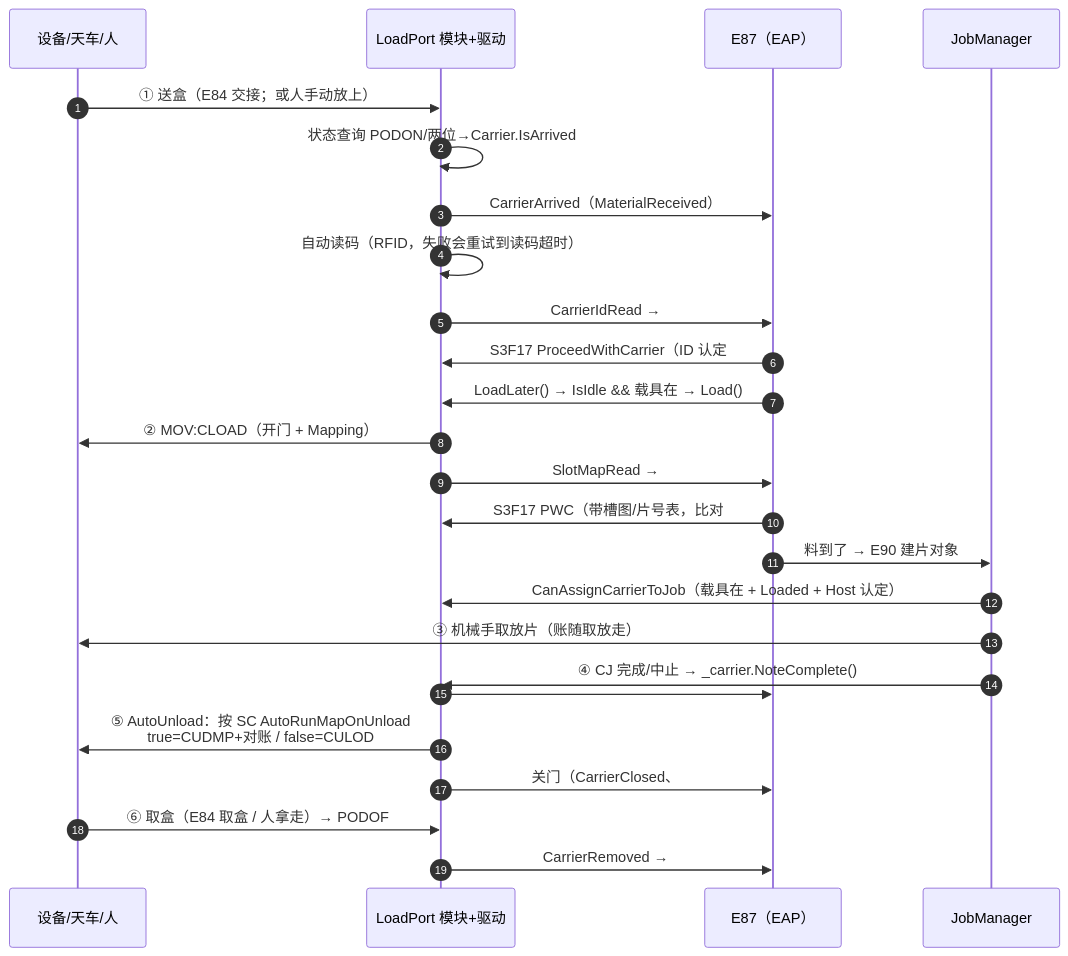
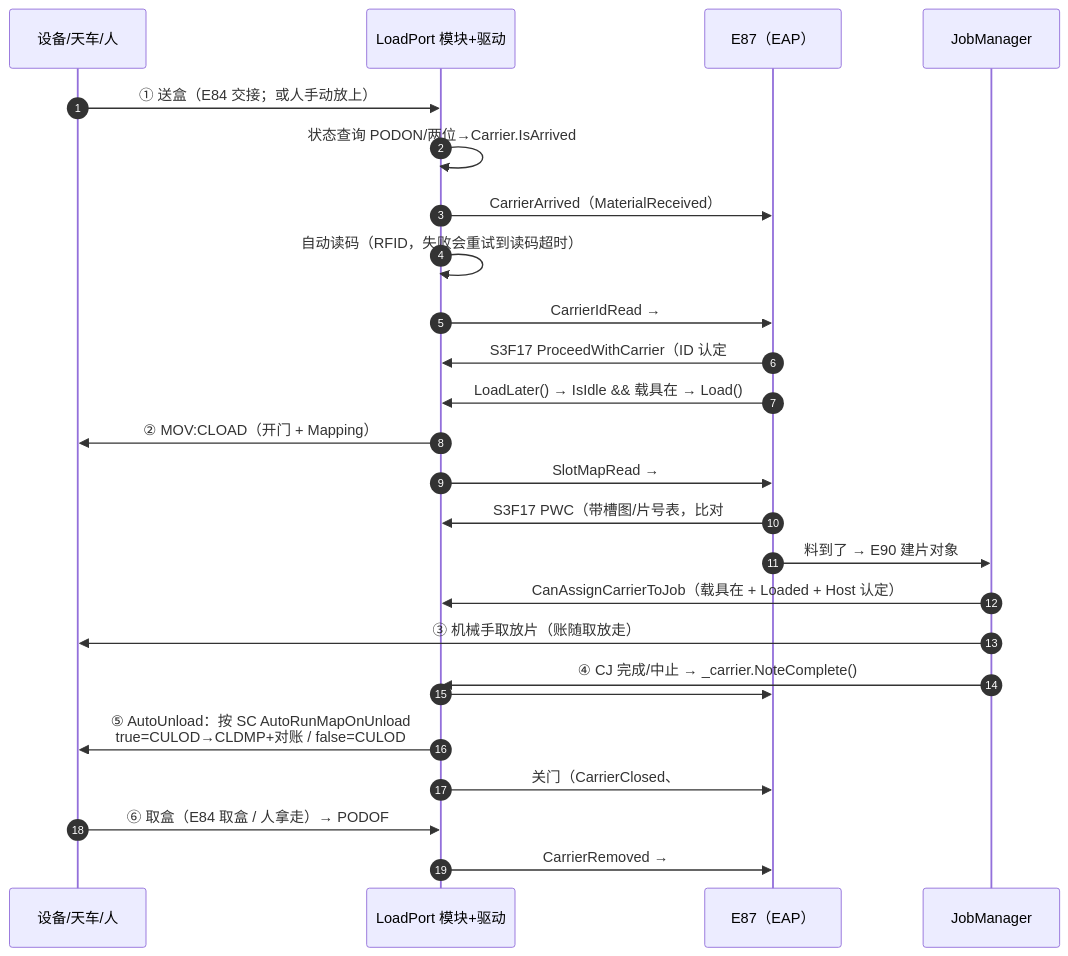
One commit to 18896605194/SemiDevice changed the first of 3 diagrams in doc/LoadPort-流程-手动自动与EAP.md. Above: the diagram before and after it, drawn with Mermaid. The commit also changed other lines of this file and 24 other files, not shown here.

````diff
--- a/doc/LoadPort-流程-手动自动与EAP.md
+++ b/doc/LoadPort-流程-手动自动与EAP.md
@@ -58,27 +58,27 @@
 ```mermaid
 sequenceDiagram
     autonumber
     participant D as 设备/天车/人
     participant LP as LoadPort 模块+驱动
     participant E87 as E87（EAP）
     participant JOB as JobManager
     D->>LP: ① 送盒（E84 交接；或人手动放上）
     LP->>LP: 状态查询 PODON/两位→Carrier.IsArrived
     LP->>E87: CarrierArrived（MaterialReceived）
     LP->>LP: 自动读码（RFID，失败会重试到读码超时）
     LP->>E87: CarrierIdRead → #1 建对象、#3 等 Host
     E87->>LP: S3F17 ProceedWithCarrier（ID 认定 #8）
     E87->>LP: LoadLater() → IsIdle && 载具在 → Load()
     LP->>D: ② MOV:CLOAD（开门 + Mapping）
     LP->>E87: SlotMapRead → #14 等 Host
     E87->>LP: S3F17 PWC（带槽图/片号表，比对 #15）
     E87->>JOB: 料到了 → E90 建片对象
     JOB->>LP: CanAssignCarrierToJob（载具在 + Loaded + Host 认定）
     JOB->>D: ③ 机械手取放片（账随取放走）
     JOB->>LP: ④ CJ 完成/中止 → _carrier.NoteComplete()
     LP->>E87: #19 干完
-    LP->>D: ⑤ AutoUnload：按 SC AutoRunMapOnUnload<br/>true=CUDMP+对账 / false=CULOD
+    LP->>D: ⑤ AutoUnload：按 SC AutoRunMapOnUnload<br/>true=CULOD→CLDMP+对账 / false=CULOD
     LP->>E87: 关门（CarrierClosed、#20 若无中断）
     D->>LP: ⑥ 取盒（E84 取盒 / 人拿走）→ PODOF
     LP->>E87: CarrierRemoved → #21 删对象 + MaterialRemoved
 ```
````
